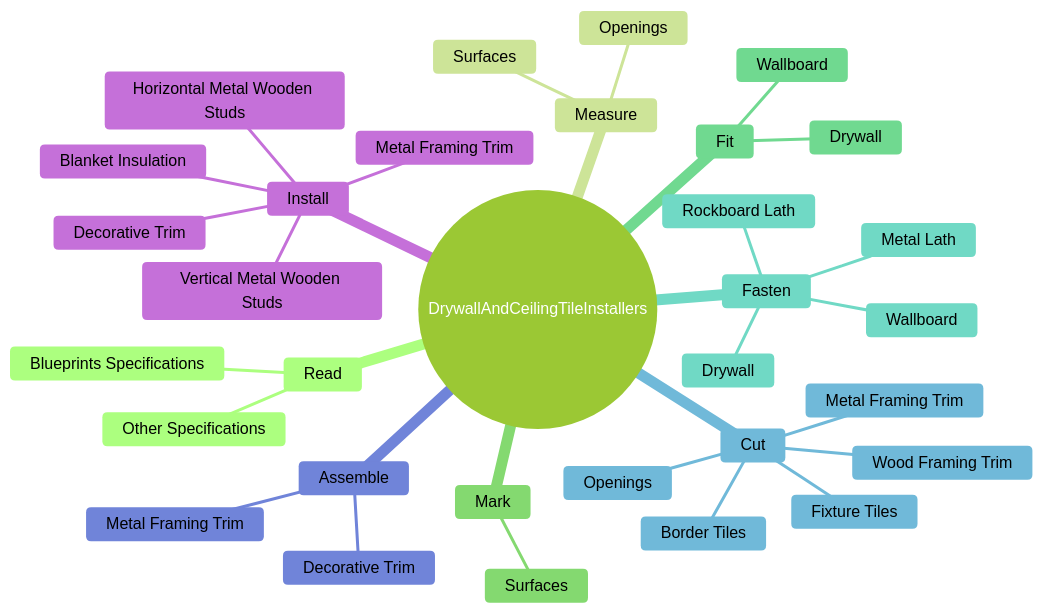
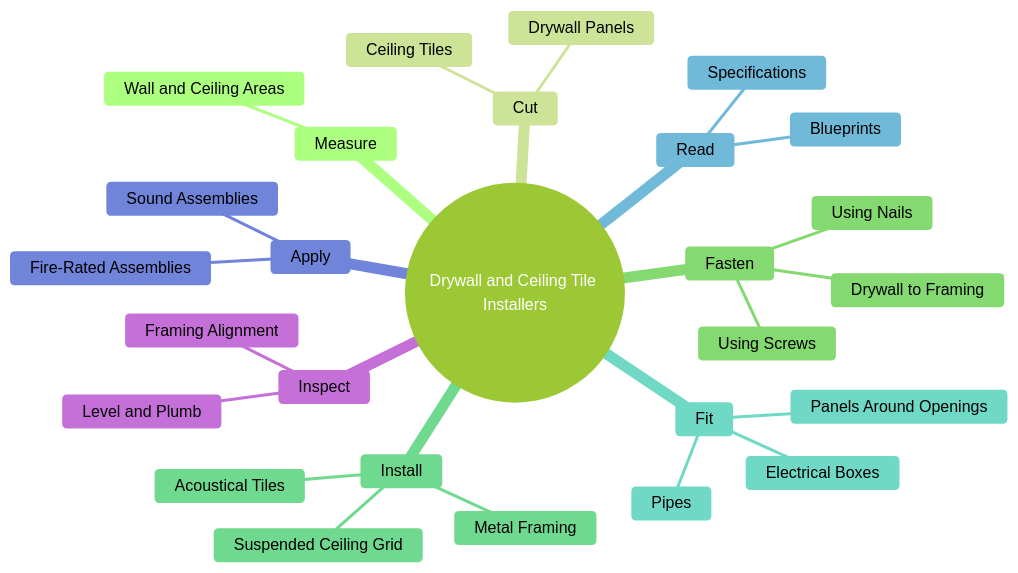
Before and after one commit to kziemski/business.org.ai: the second of 4 diagrams in occupations/Construction/DrywallAndCeilingTileInstallers.mdx, drawn with Mermaid (forest theme). The commit also changed other lines of this file and 938 other files, not shown here.

````diff
--- a/occupations/Construction/DrywallAndCeilingTileInstallers.mdx
+++ b/occupations/Construction/DrywallAndCeilingTileInstallers.mdx
@@ -37,35 +48,30 @@
 ```mermaid
 mindmap
-    root(("DrywallAndCeilingTileInstallers"))
+    root(("Drywall and Ceiling Tile Installers"))
+        Measure
+            Wall and Ceiling Areas
+        Cut
+            Drywall Panels
+            Ceiling Tiles
+        Fasten
+            Drywall to Framing
+            Using Screws
+            Using Nails
+        Install
+            Metal Framing
+            Suspended Ceiling Grid
+            Acoustical Tiles
+        Fit
+            Panels Around Openings
+            Electrical Boxes
+            Pipes
         Read
-            Blueprints Specifications
-            Other Specifications
-        Measure
-            Surfaces
-            Openings
-        Mark
-            Surfaces
-        Fit
-            Wallboard
-            Drywall
-        Fasten
-            Wallboard
-            Drywall
-            Metal Lath
-            Rockboard Lath
-        Cut
-            Openings
-            Metal Framing Trim
-            Wood Framing Trim
-            Fixture Tiles
-            Border Tiles
-        Assemble
-            Metal Framing Trim
-            Decorative Trim
-        Install
-            Metal Framing Trim
-            Decorative Trim
-            Horizontal Metal Wooden Studs
-            Vertical Metal Wooden Studs
-            Blanket Insulation
+            Blueprints
+            Specifications
+        Apply
+            Fire-Rated Assemblies
+            Sound Assemblies
+        Inspect
+            Framing Alignment
+            Level and Plumb
 ```
````
